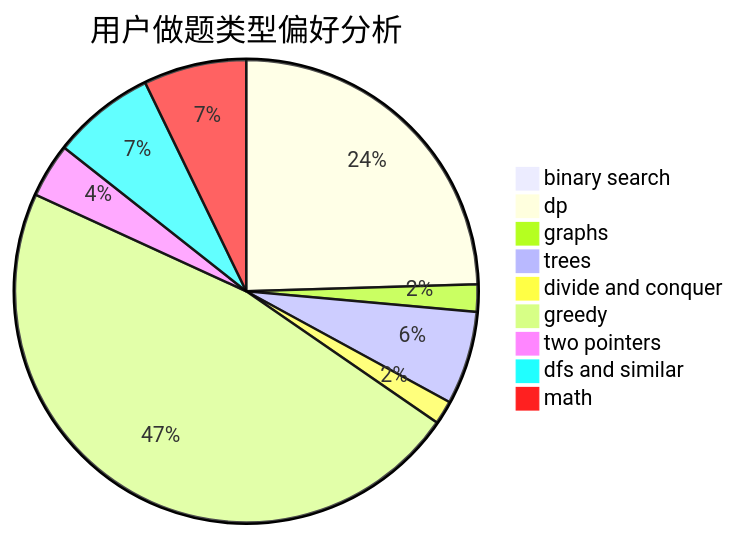
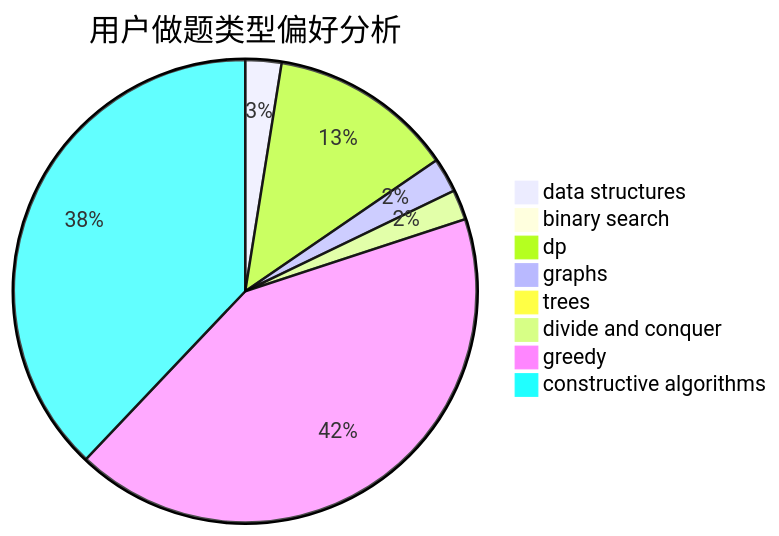
One commit to sherpahu/cfrs.github.io changed the second of 3 diagrams in docs/user/u1287.md. Above: the diagram before and after it, drawn with Mermaid. The commit also changed other lines of this file and 2775 other files, not shown here.

````diff
--- a/docs/user/u1287.md
+++ b/docs/user/u1287.md
@@ -23,12 +23,11 @@
 ```mermaid
 pie title 用户做题类型偏好分析
-    "binary search" :  9
-    "dp" :  297
+    "data structures" :  24
+    "binary search" :  5
+    "dp" :  123
     "graphs" :  23
-    "trees" :  79
+    "trees" :  0
     "divide and conquer" :  20
-    "greedy" :  572
-    "two pointers" :  46
-    "dfs and similar" :  87
-    "math" :  87
+    "greedy" :  401
+    "constructive algorithms" :  361
 ```
````
